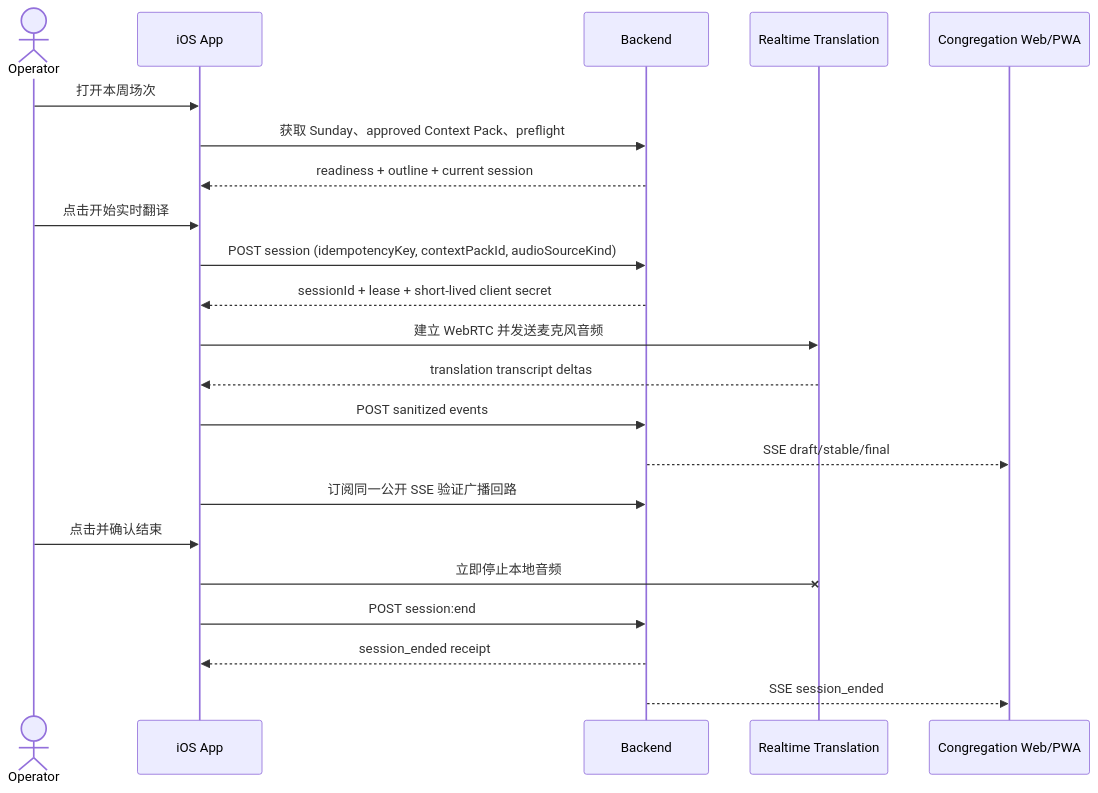
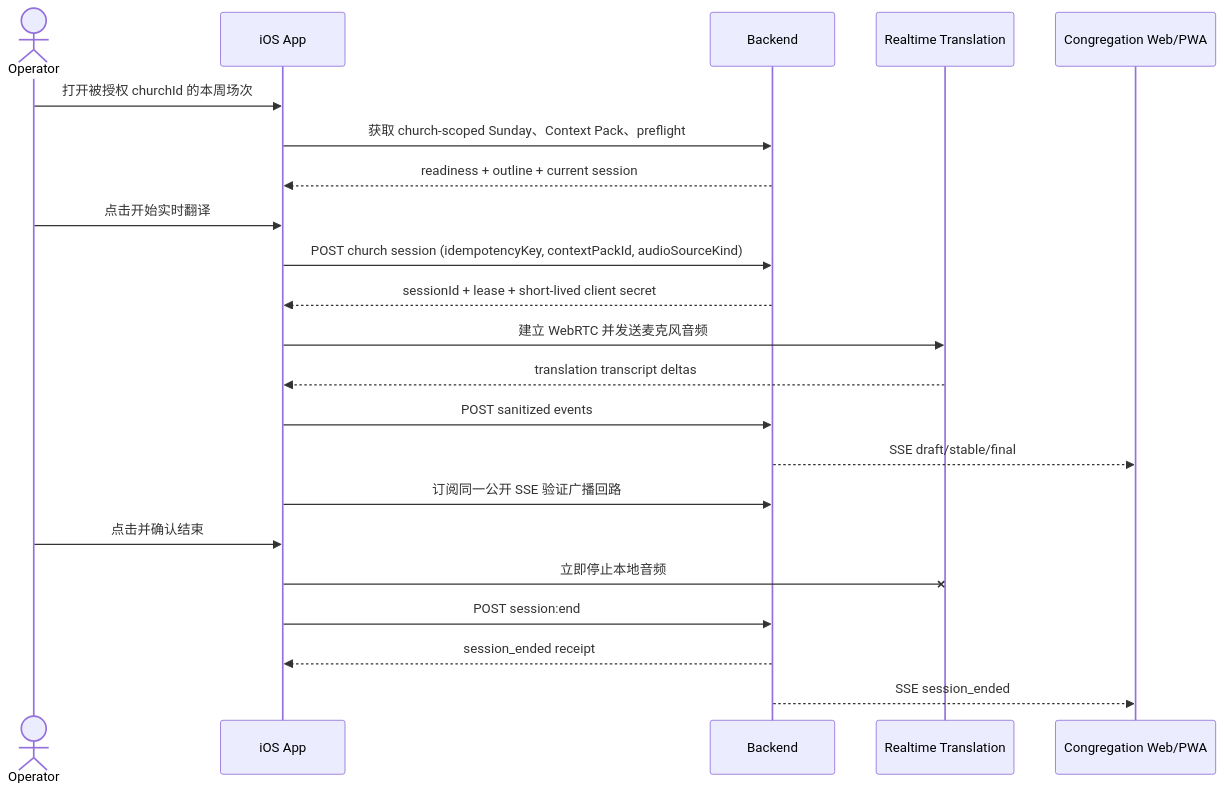
The fourth of 5 diagrams in docs/ios-live-sermon-translation-app.zh.md (JonathanJing/sermon-video-zh-subtitles), drawn with Mermaid before and after one commit. The commit also changed other lines of this file, not shown here.

Commit message:
docs: define centralized church option C

````diff
--- a/docs/ios-live-sermon-translation-app.zh.md
+++ b/docs/ios-live-sermon-translation-app.zh.md
@@ -274,24 +376,24 @@
 ```mermaid
 sequenceDiagram
     actor O as Operator
     participant A as iOS App
     participant B as Backend
     participant R as Realtime Translation
     participant W as Congregation Web/PWA
-    O->>A: 打开本周场次
-    A->>B: 获取 Sunday、approved Context Pack、preflight
+    O->>A: 打开被授权 churchId 的本周场次
+    A->>B: 获取 church-scoped Sunday、Context Pack、preflight
     B-->>A: readiness + outline + current session
     O->>A: 点击开始实时翻译
-    A->>B: POST session (idempotencyKey, contextPackId, audioSourceKind)
+    A->>B: POST church session (idempotencyKey, contextPackId, audioSourceKind)
     B-->>A: sessionId + lease + short-lived client secret
     A->>R: 建立 WebRTC 并发送麦克风音频
     R-->>A: translation transcript deltas
     A->>B: POST sanitized events
     B-->>W: SSE draft/stable/final
     A->>B: 订阅同一公开 SSE 验证广播回路
     O->>A: 点击并确认结束
     A-xR: 立即停止本地音频
     A->>B: POST session:end
     B-->>A: session_ended receipt
     B-->>W: SSE session_ended
 ```
````
